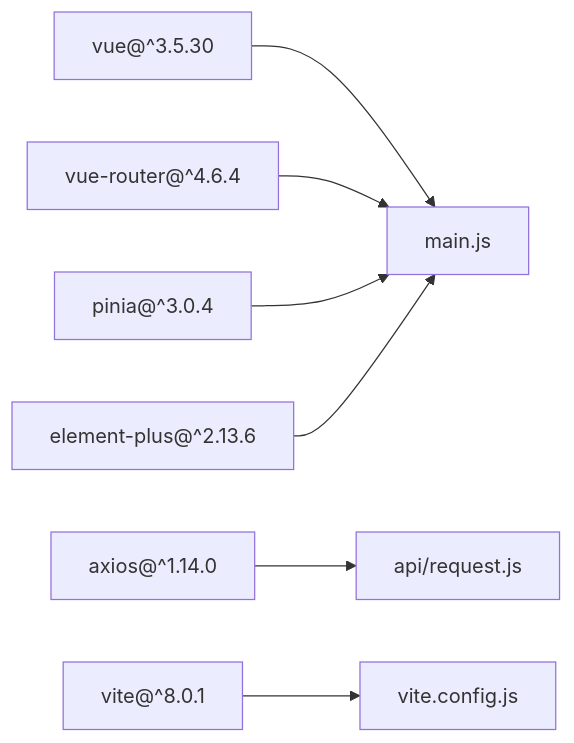
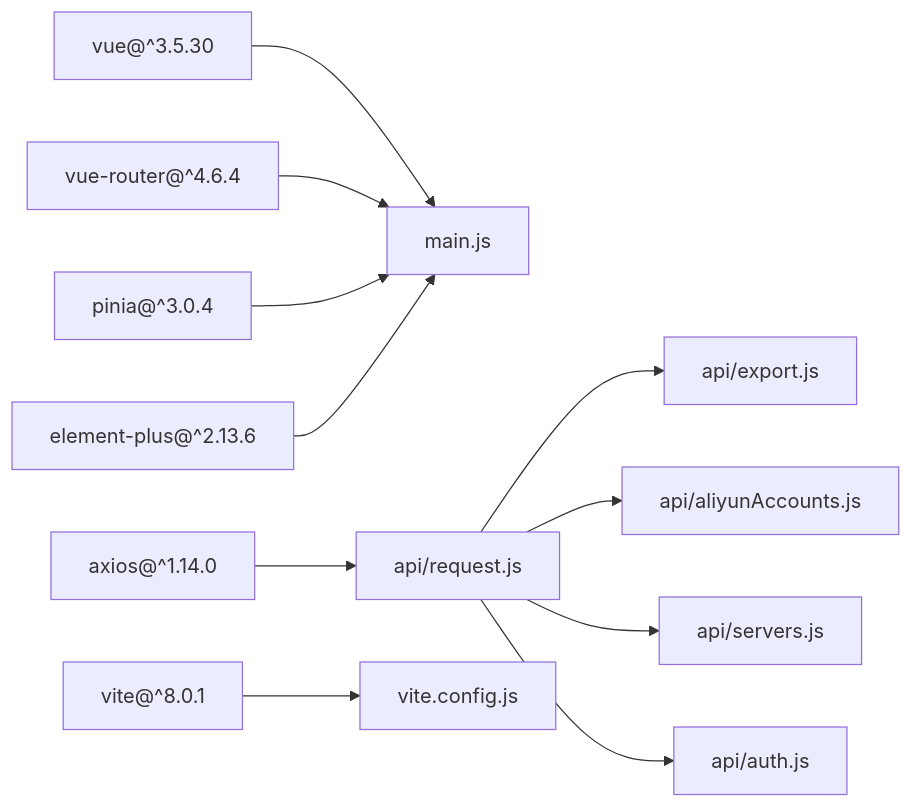
Before and after one commit to ismine3/OPS: diagram 15 of 15 in .qoder/repowiki/zh/content/前端架构设计/前端架构设计.md, drawn with Mermaid. The commit also changed other lines of this file and 8 other files, not shown here.

````diff
--- a/.qoder/repowiki/zh/content/前端架构设计/前端架构设计.md
+++ b/.qoder/repowiki/zh/content/前端架构设计/前端架构设计.md
@@ -391,9 +572,13 @@
 ```mermaid
 graph LR
 VUE["vue@^3.5.30"] --> MAIN["main.js"]
 ROUTER["vue-router@^4.6.4"] --> MAIN
 PINIA["pinia@^3.0.4"] --> MAIN
 EP["element-plus@^2.13.6"] --> MAIN
 AXIOS["axios@^1.14.0"] --> REQ["api/request.js"]
 VITE["vite@^8.0.1"] --> CONFIG["vite.config.js"]
+REQ --> EXPORT_API["api/export.js"]
+REQ --> ALIYUN_API["api/aliyunAccounts.js"]
+REQ --> SERVERS_API["api/servers.js"]
+REQ --> AUTH_API["api/auth.js"]
 ```
````
